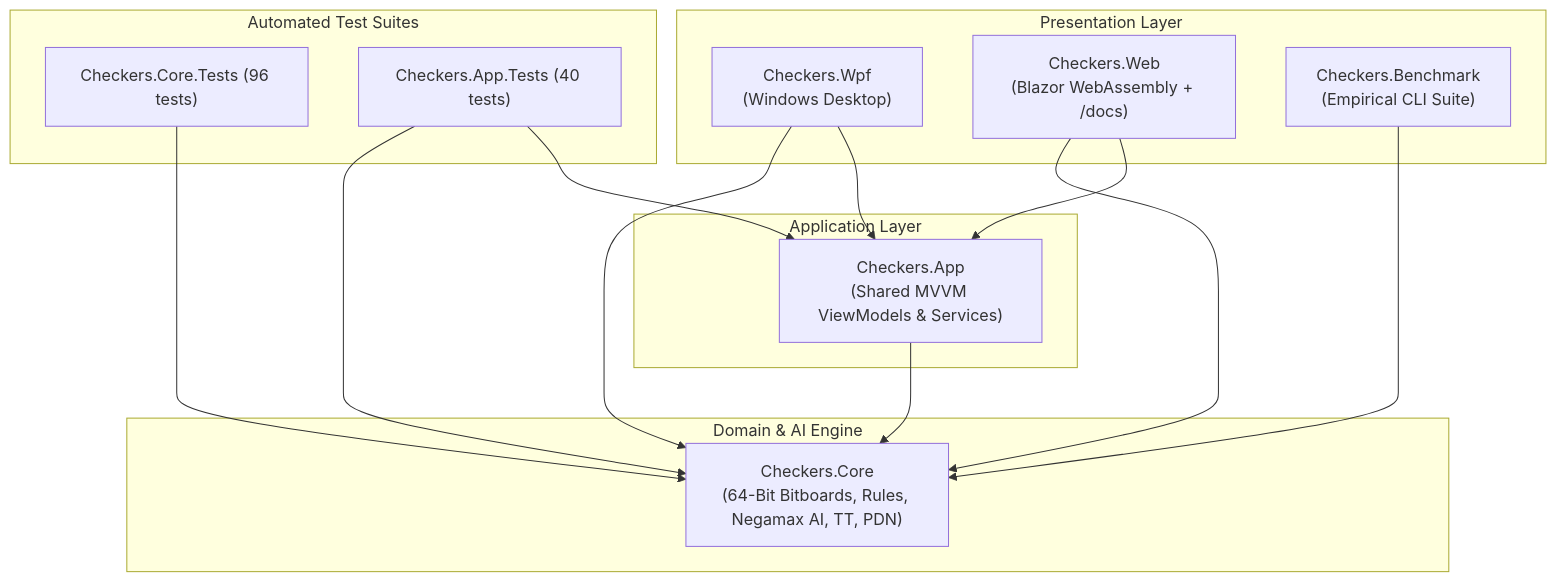
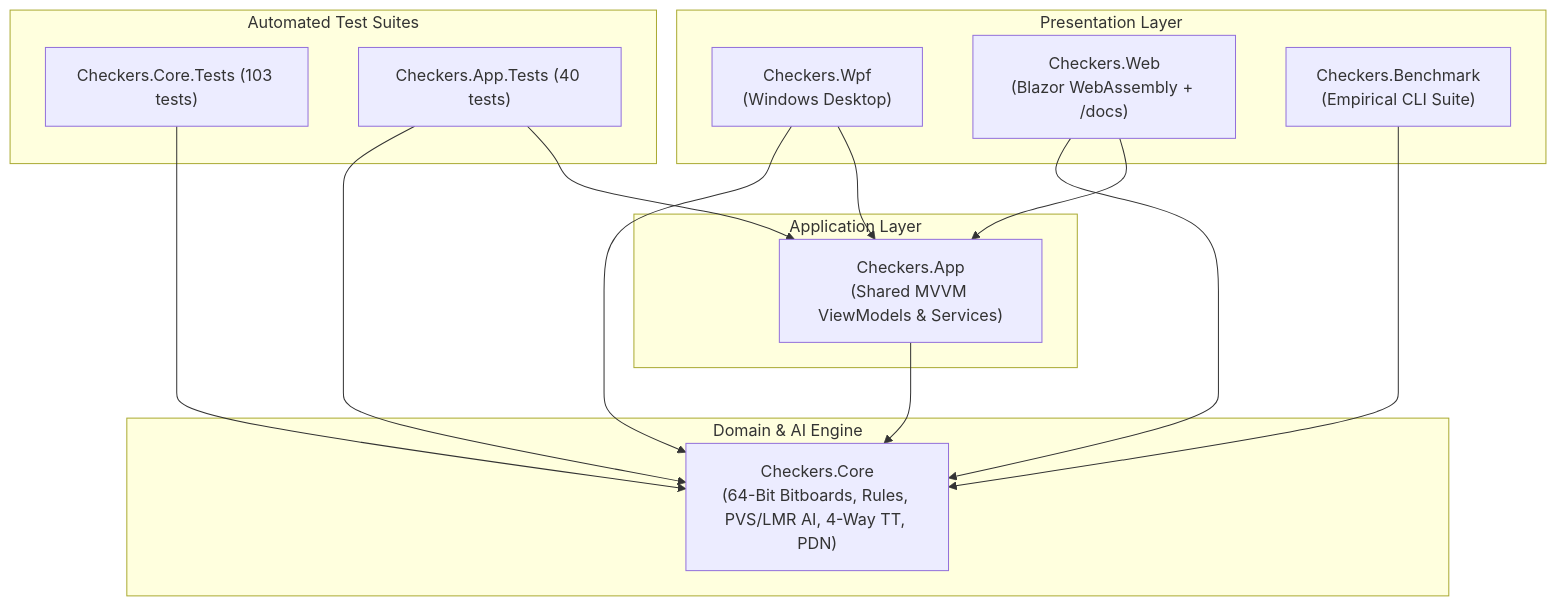
Before and after one commit to cjp-dev/Checkers: the first of 2 diagrams in docs/brain/01-overview.md, drawn with Mermaid. The commit also changed other lines of this file and 17 other files, not shown here.

````diff
--- a/docs/brain/01-overview.md
+++ b/docs/brain/01-overview.md
@@ -25,31 +25,31 @@
 ```mermaid
 flowchart TD
     subgraph Presentation ["Presentation Layer"]
         WPF["Checkers.Wpf<br/>(Windows Desktop)"]
         Web["Checkers.Web<br/>(Blazor WebAssembly + /docs)"]
         CLI["Checkers.Benchmark<br/>(Empirical CLI Suite)"]
     end
 
     subgraph Application ["Application Layer"]
-        App["Checkers.App<br/>(Shared MVVM ViewModels & Services)"]
+        App["Checkers.App<br/>(Shared MVVM ViewModels &amp; Services)"]
     end
 
-    subgraph Domain ["Domain & AI Engine"]
-        Core["Checkers.Core<br/>(64-Bit Bitboards, Rules, Negamax AI, TT, PDN)"]
+    subgraph Domain ["Domain &amp; AI Engine"]
+        Core["Checkers.Core<br/>(64-Bit Bitboards, Rules, PVS/LMR AI, 4-Way TT, PDN)"]
     end
 
     subgraph Verification ["Automated Test Suites"]
-        CoreTests["Checkers.Core.Tests (96 tests)"]
+        CoreTests["Checkers.Core.Tests (103 tests)"]
         AppTests["Checkers.App.Tests (40 tests)"]
     end
 
     WPF --> App
     Web --> App
     App --> Core
     WPF --> Core
     Web --> Core
     CLI --> Core
     CoreTests --> Core
     AppTests --> App
     AppTests --> Core
 ```
````
